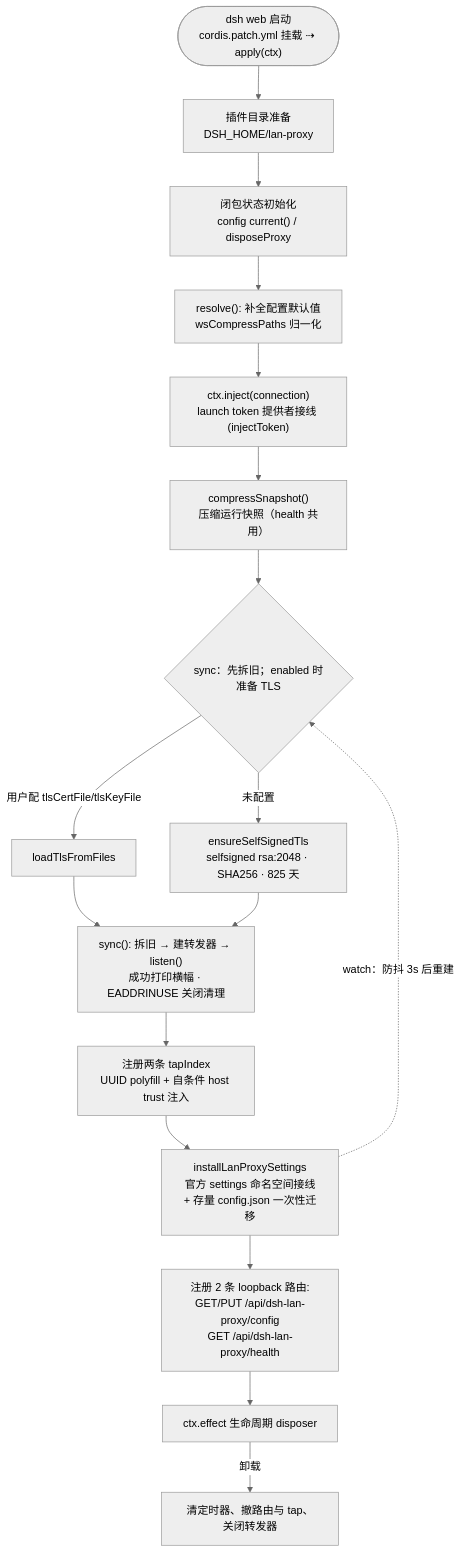
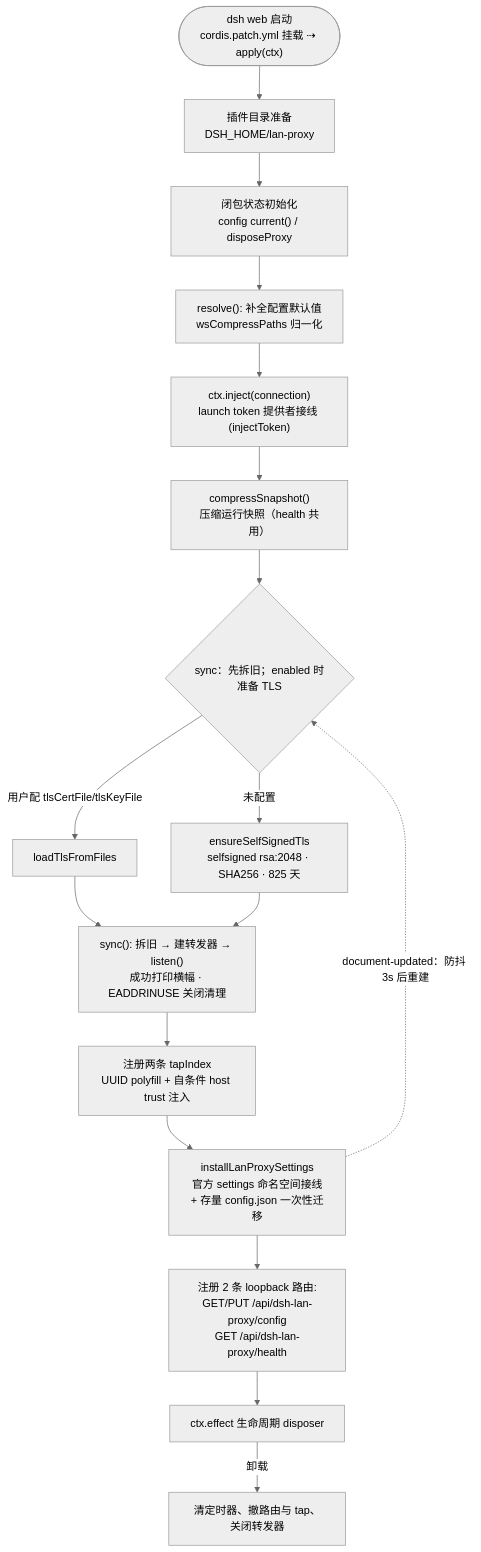
One commit to wingsky-1/dsh-plugin-hub changed the first of 4 diagrams in docs/architecture/dsh-lan-proxy.md. Above: the diagram before and after it, drawn with Mermaid (neutral theme). The commit also changed other lines of this file and 57 other files, not shown here.

````diff
--- a/docs/architecture/dsh-lan-proxy.md
+++ b/docs/architecture/dsh-lan-proxy.md
@@ -88,19 +88,19 @@
 ```mermaid
 flowchart TD
     S(["dsh web 启动<br/>cordis.patch.yml 挂载 ⇢ apply(ctx)"]) --> A["插件目录准备<br/>DSH_HOME/lan-proxy"]
     A --> B["闭包状态初始化<br/>config current() / disposeProxy"]
     B --> C["resolve(): 补全配置默认值<br/>wsCompressPaths 归一化"]
     C --> D["ctx.inject(connection)<br/>launch token 提供者接线 (injectToken)"]
     D --> E["compressSnapshot()<br/>压缩运行快照（health 共用）"]
     E --> F{"sync：先拆旧；enabled 时准备 TLS"}
     F -->|"用户配 tlsCertFile/tlsKeyFile"| G["loadTlsFromFiles"]
     F -->|"未配置"| H["ensureSelfSignedTls<br/>selfsigned rsa:2048 · SHA256 · 825 天"]
     G --> I
     H --> I["sync(): 拆旧 → 建转发器 → listen()<br/>成功打印横幅 · EADDRINUSE 关闭清理"]
     I --> L["注册两条 tapIndex<br/>UUID polyfill + 自条件 host trust 注入"]
     L --> M["installLanProxySettings<br/>官方 settings 命名空间接线<br/>+ 存量 config.json 一次性迁移"]
     M --> N["注册 2 条 loopback 路由:<br/>GET/PUT /api/dsh-lan-proxy/config<br/>GET /api/dsh-lan-proxy/health"]
     N --> O["ctx.effect 生命周期 disposer"]
-    M -.->|"watch：防抖 3s 后重建"| F
+    M -.->|"document-updated：防抖 3s 后重建"| F
     O -->|"卸载"| CLEAN["清定时器、撤路由与 tap、关闭转发器"]
 ```
````
